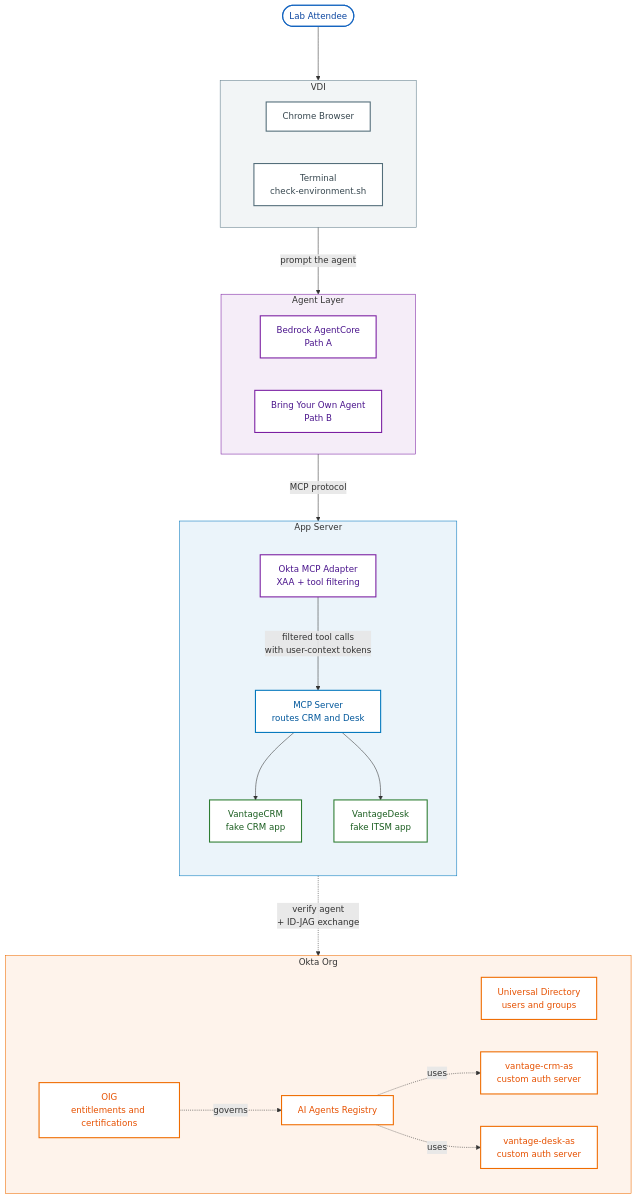
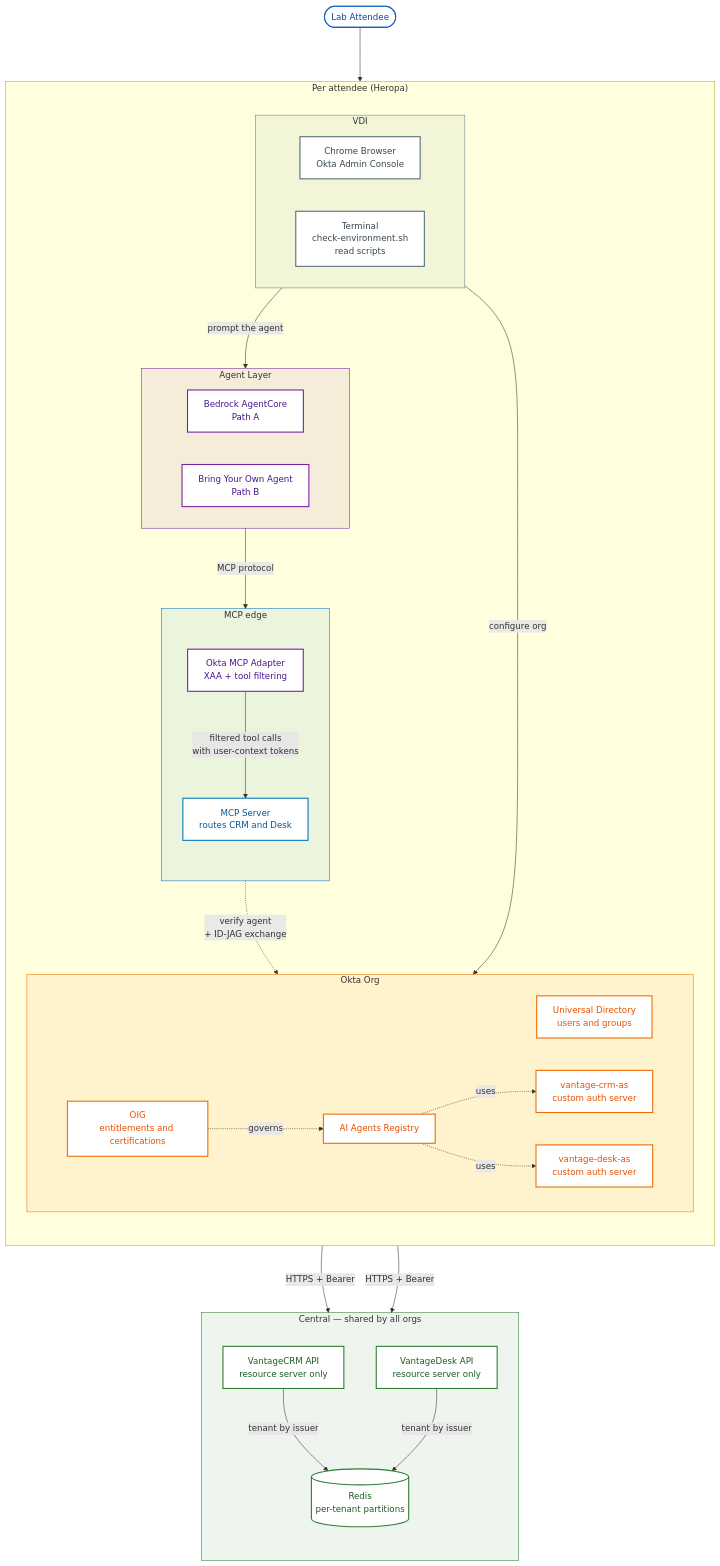
One commit to joevanhorn/04aa-tech-camp changed the diagram in reference/architecture-diagram-source.md. Above: the diagram before and after it, drawn with Mermaid. The commit also changed other lines of this file and 7 other files, not shown here.

````diff
--- a/reference/architecture-diagram-source.md
+++ b/reference/architecture-diagram-source.md
@@ -15,66 +20,79 @@
 ```mermaid
 %%{init: {'flowchart': {'nodeSpacing': 60, 'rankSpacing': 100, 'curve': 'basis'}}}%%
 flowchart TB
     User([Lab Attendee])
 
-    subgraph VDI["VDI"]
-        direction LR
-        Browser[Chrome Browser]
-        Terminal[Terminal<br>check-environment.sh]
+    subgraph Heropa["Per attendee (Heropa)"]
+        direction TB
+
+        subgraph VDI["VDI"]
+            direction LR
+            Browser[Chrome Browser<br>Okta Admin Console]
+            Terminal[Terminal<br>check-environment.sh<br>read scripts]
+        end
+
+        subgraph AgentLayer["Agent Layer"]
+            direction LR
+            Bedrock[Bedrock AgentCore<br>Path A]
+            BYO[Bring Your Own Agent<br>Path B]
+        end
+
+        subgraph Edge["MCP edge"]
+            direction TB
+            Adapter[Okta MCP Adapter<br>XAA + tool filtering]
+            MCP[MCP Server<br>routes CRM and Desk]
+        end
+
+        subgraph Okta["Okta Org"]
+            direction LR
+            UD[Universal Directory<br>users and groups]
+            AIRegistry[AI Agents Registry]
+            CRMAS[vantage-crm-as<br>custom auth server]
+            DeskAS[vantage-desk-as<br>custom auth server]
+            OIG[OIG<br>entitlements and certifications]
+        end
     end
 
-    subgraph AgentLayer["Agent Layer"]
-        direction LR
-        Bedrock[Bedrock AgentCore<br>Path A]
-        BYO[Bring Your Own Agent<br>Path B]
-    end
-
-    subgraph AppServer["App Server"]
+    subgraph Central["Central — shared by all orgs"]
         direction TB
-        Adapter[Okta MCP Adapter<br>XAA + tool filtering]
-        MCP[MCP Server<br>routes CRM and Desk]
-        CRM[VantageCRM<br>fake CRM app]
-        Desk[VantageDesk<br>fake ITSM app]
-    end
-
-    subgraph Okta["Okta Org"]
-        direction LR
-        UD[Universal Directory<br>users and groups]
-        AIRegistry[AI Agents Registry]
-        CRMAS[vantage-crm-as<br>custom auth server]
-        DeskAS[vantage-desk-as<br>custom auth server]
-        OIG[OIG<br>entitlements and certifications]
+        CRM[VantageCRM API<br>resource server only]
+        Desk[VantageDesk API<br>resource server only]
+        Redis[(Redis<br>per-tenant partitions)]
     end
 
     User --> Browser
+    Browser -->|configure org| Okta
     Browser -->|prompt the agent| AgentLayer
 
     AgentLayer -->|MCP protocol| Adapter
     Adapter -.verify agent<br>+ ID-JAG exchange.-> AIRegistry
     Adapter -->|filtered tool calls<br>with user-context tokens| MCP
-    MCP --> CRM
-    MCP --> Desk
+    MCP -->|HTTPS + Bearer| CRM
+    MCP -->|HTTPS + Bearer| Desk
+    CRM -->|tenant by issuer| Redis
+    Desk -->|tenant by issuer| Redis
 
     OIG -.governs.-> AIRegistry
     AIRegistry -.uses.-> CRMAS
     AIRegistry -.uses.-> DeskAS
 
     classDef trigger fill:#ffffff,stroke:#1565c0,stroke-width:2px,color:#0d47a1
     classDef infra fill:#ffffff,stroke:#546e7a,stroke-width:2px,color:#37474f
     classDef oktaCore fill:#ffffff,stroke:#ef6c00,stroke-width:2px,color:#e65100
     classDef workflow fill:#ffffff,stroke:#7b1fa2,stroke-width:2px,color:#4a148c
     classDef action fill:#ffffff,stroke:#0277bd,stroke-width:2px,color:#01579b
     classDef governance fill:#ffffff,stroke:#2e7d32,stroke-width:2px,color:#1b5e20
 
     class User trigger
     class Browser,Terminal infra
     class Bedrock,BYO,Adapter workflow
     class MCP action
-    class CRM,Desk governance
+    class CRM,Desk,Redis governance
     class UD,AIRegistry,CRMAS,DeskAS,OIG oktaCore
 
     style VDI fill:#607d8b14,stroke:#607d8b,stroke-width:1px
     style AgentLayer fill:#7b1fa214,stroke:#7b1fa2,stroke-width:1px
-    style AppServer fill:#0277bd14,stroke:#0277bd,stroke-width:1px
+    style Edge fill:#0277bd14,stroke:#0277bd,stroke-width:1px
     style Okta fill:#ef6c0014,stroke:#ef6c00,stroke-width:1px
+    style Central fill:#2e7d3214,stroke:#2e7d32,stroke-width:1px
 ```
````
